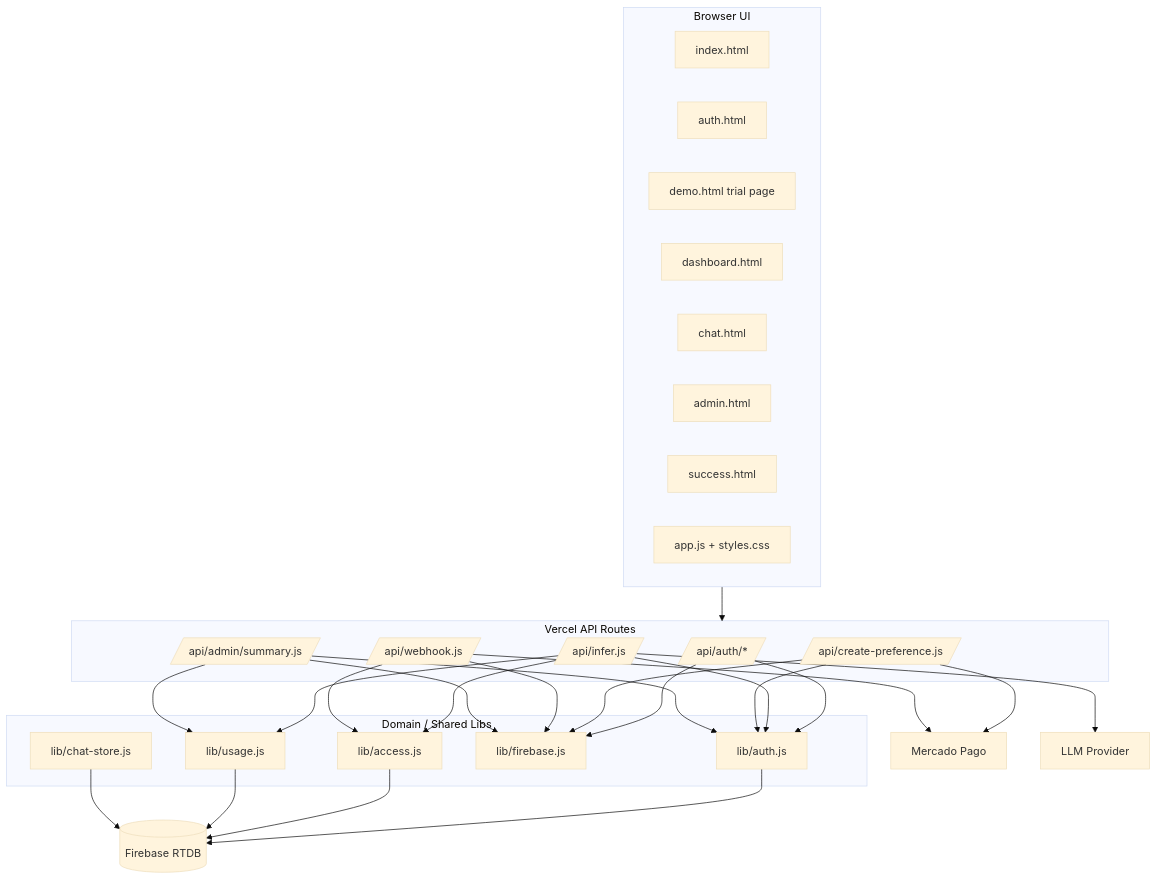
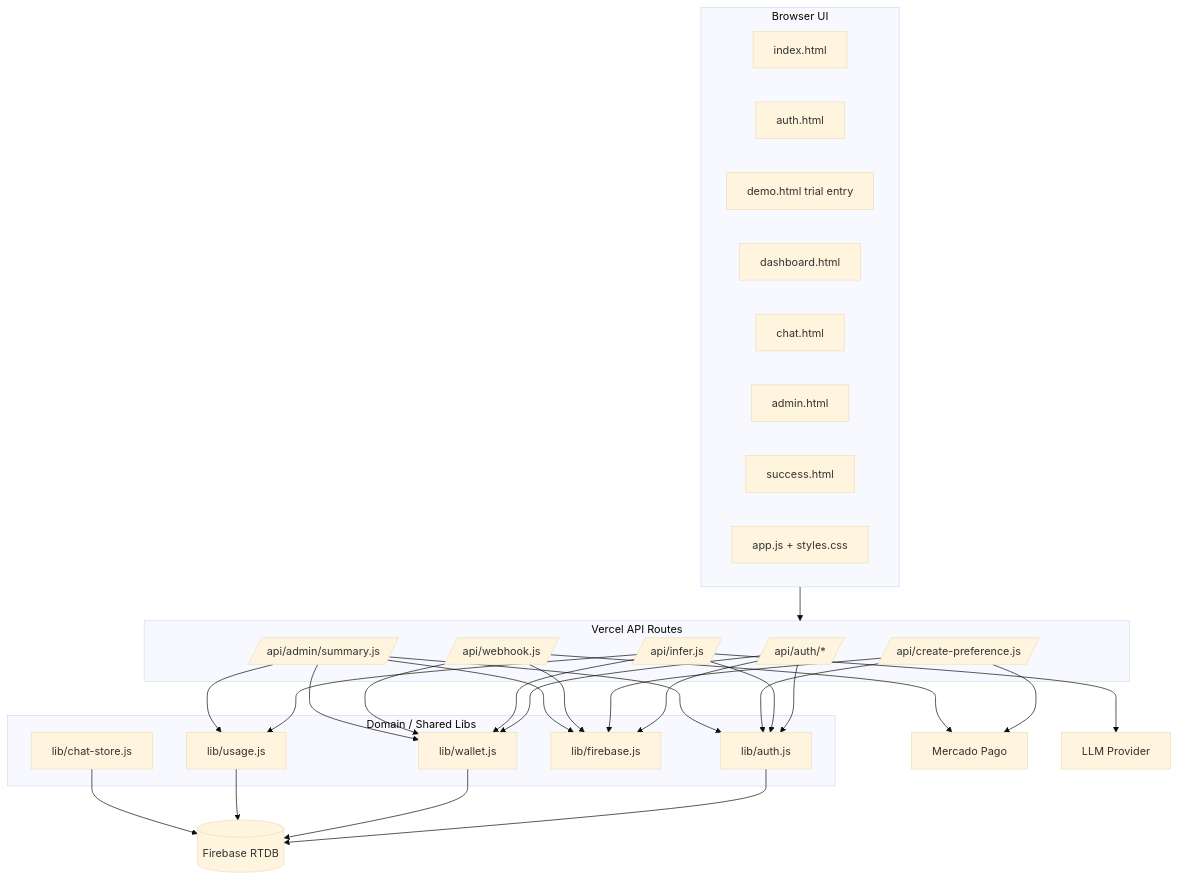
Before and after one commit to miguelemosreverte/palindrome-exercise: the diagram in architecture-containers.mmd, drawn with Mermaid (base theme). The commit also changed 20 other files, not shown here.

```diff
--- a/architecture-containers.mmd
+++ b/architecture-containers.mmd
@@ -1,52 +1,54 @@
 flowchart TB
     subgraph browser[Browser UI]
         index[index.html]
         auth[auth.html]
-        trialInfo[demo.html trial page]
+        trialInfo[demo.html trial entry]
         dashboard[dashboard.html]
         chat[chat.html]
         admin[admin.html]
         success[success.html]
         shared[app.js + styles.css]
     end
 
     subgraph api[Vercel API Routes]
         authApi[/api/auth/*/]
         inferApi[/api/infer.js/]
         paymentApi[/api/create-preference.js/]
         webhookApi[/api/webhook.js/]
         adminApi[/api/admin/summary.js/]
     end
 
     subgraph domain[Domain / Shared Libs]
         libAuth[lib/auth.js]
-        libAccess[lib/access.js]
+        libWallet[lib/wallet.js]
         libUsage[lib/usage.js]
         libFirebase[lib/firebase.js]
         libChat[lib/chat-store.js]
     end
 
     mp[Mercado Pago]
     fb[(Firebase RTDB)]
     llm[LLM Provider]
 
     browser --> api
     authApi --> libAuth
     authApi --> libFirebase
+    authApi --> libWallet
     inferApi --> libAuth
-    inferApi --> libAccess
+    inferApi --> libWallet
     inferApi --> libUsage
     inferApi --> llm
     paymentApi --> libAuth
     paymentApi --> libFirebase
     paymentApi --> mp
     webhookApi --> mp
-    webhookApi --> libAccess
+    webhookApi --> libWallet
     webhookApi --> libFirebase
     adminApi --> libAuth
     adminApi --> libUsage
+    adminApi --> libWallet
     adminApi --> libFirebase
     libAuth --> fb
-    libAccess --> fb
+    libWallet --> fb
     libUsage --> fb
     libChat --> fb
```
